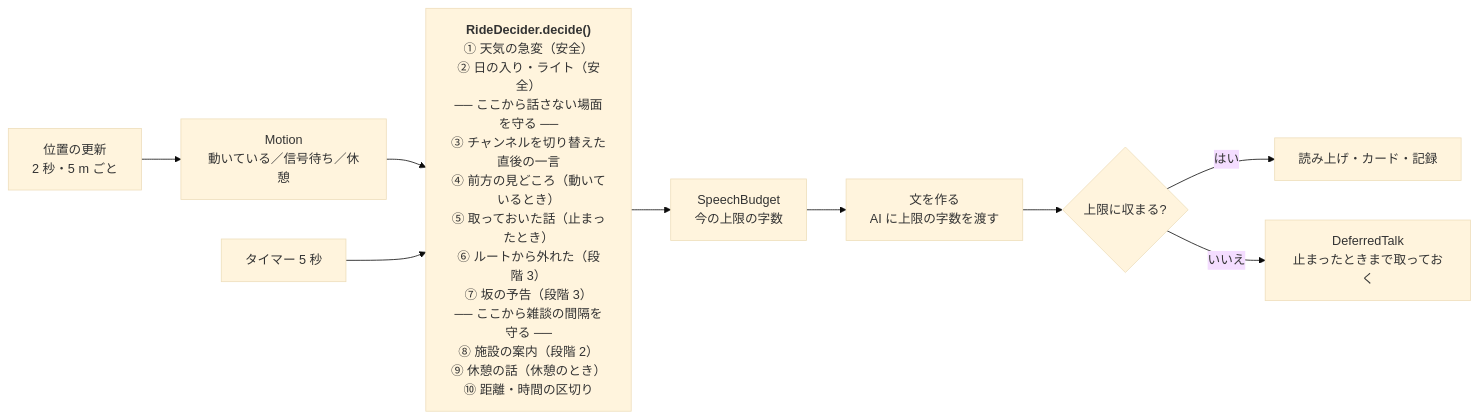
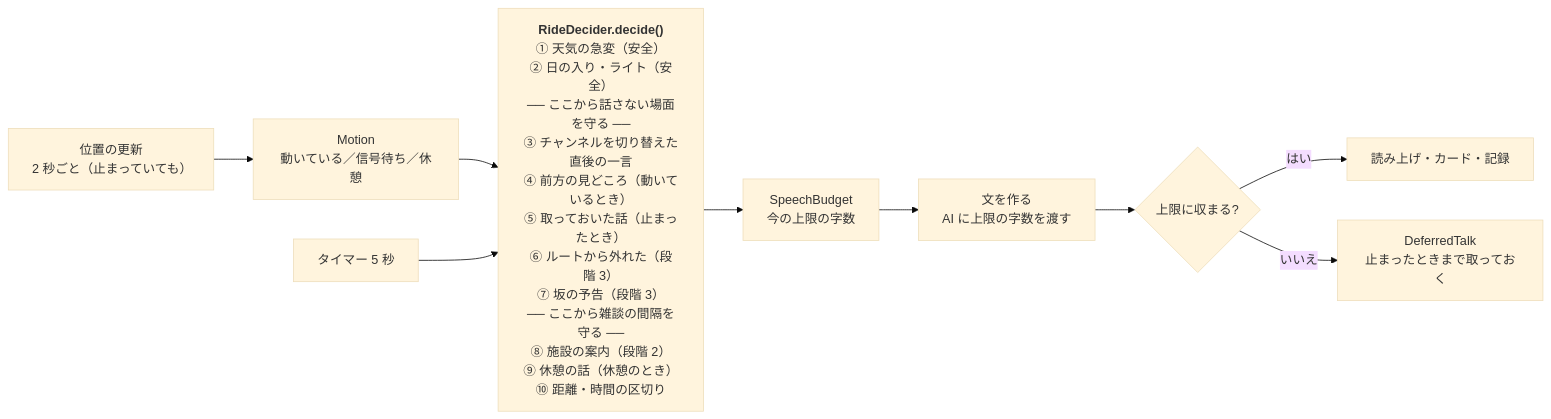
Before and after one commit to duwenji/yorisoi-cycleguide: the second of 2 diagrams in docs/architecture.md, drawn with Mermaid (base theme). The commit also changed other lines of this file and 13 other files, not shown here.

````diff
--- a/docs/architecture.md
+++ b/docs/architecture.md
@@ -58,12 +58,12 @@
 ```mermaid
 flowchart LR
-  Loc["位置の更新<br/>2 秒・5 m ごと"] --> Motion
+  Loc["位置の更新<br/>2 秒ごと（止まっていても）"] --> Motion
   Motion["Motion<br/>動いている／信号待ち／休憩"] --> Talk
   Tick["タイマー 5 秒"] --> Talk
   Talk["<b>RideDecider.decide()</b><br/>① 天気の急変（安全）<br/>② 日の入り・ライト（安全）<br/>── ここから話さない場面を守る ──<br/>③ チャンネルを切り替えた直後の一言<br/>④ 前方の見どころ（動いているとき）<br/>⑤ 取っておいた話（止まったとき）<br/>⑥ ルートから外れた（段階 3）<br/>⑦ 坂の予告（段階 3）<br/>── ここから雑談の間隔を守る ──<br/>⑧ 施設の案内（段階 2）<br/>⑨ 休憩の話（休憩のとき）<br/>⑩ 距離・時間の区切り"]
   Talk --> Budget["SpeechBudget<br/>今の上限の字数"]
   Budget --> Compose["文を作る<br/>AI に上限の字数を渡す"]
   Compose --> Fit{上限に収まる?}
   Fit -- はい --> Speak["読み上げ・カード・記録"]
   Fit -- いいえ --> Deferred["DeferredTalk<br/>止まったときまで取っておく"]
 ```
````
